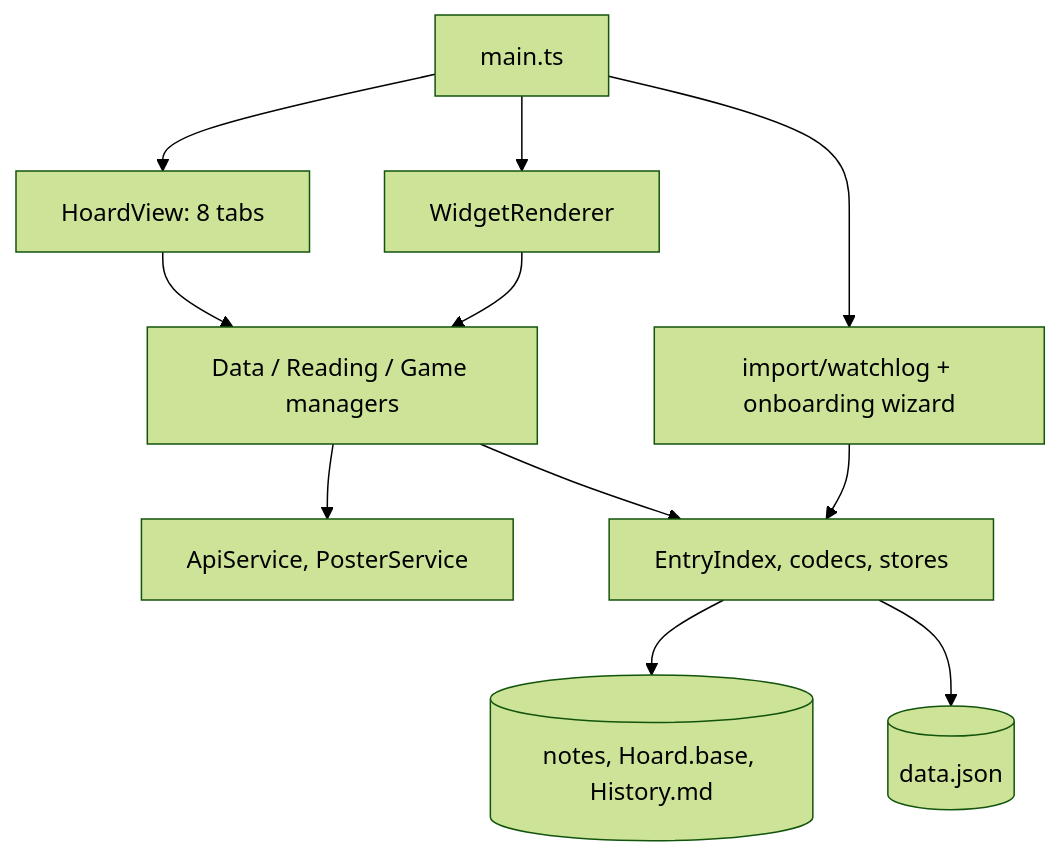
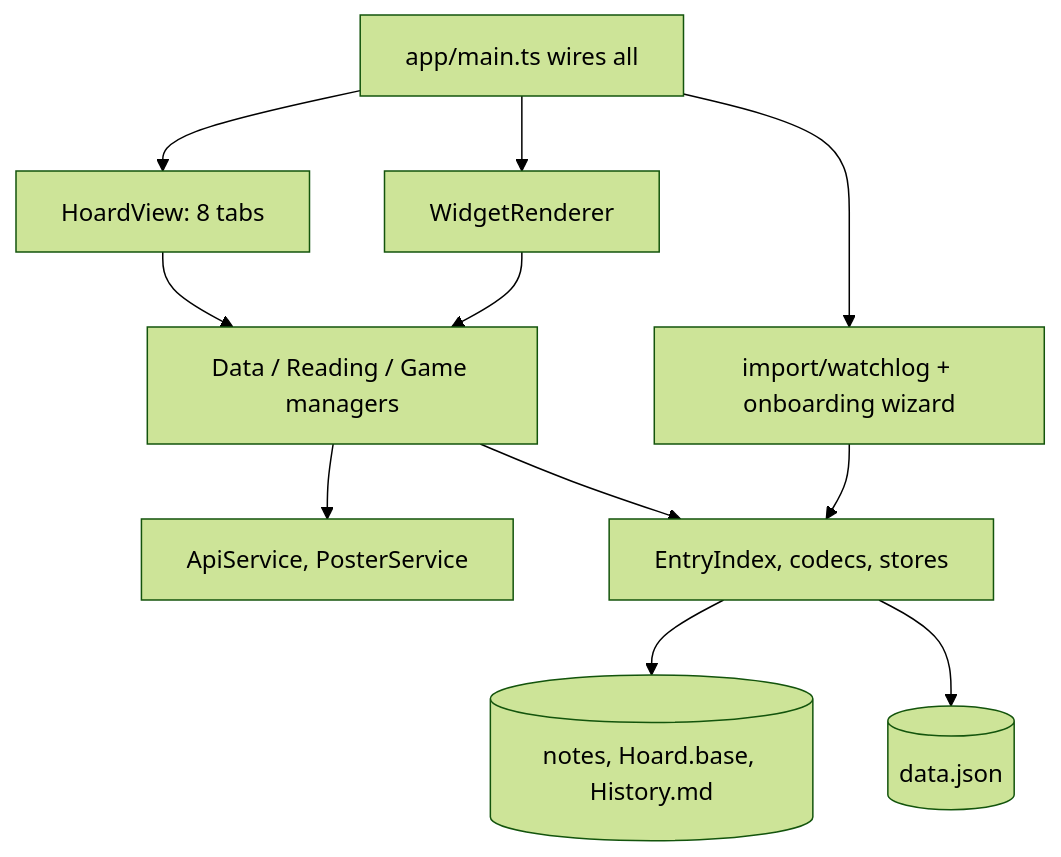
The diagram in docs/index.md (Macavity/obsidian-hoard), drawn with Mermaid (forest theme) before and after one commit. The commit also changed other lines of this file and 34 other files, not shown here.

Commit message:
docs(wiki): module architecture

````diff
--- a/docs/index.md
+++ b/docs/index.md
@@ -39,13 +39,13 @@
 ```mermaid
 flowchart TD
-  main[main.ts] --> View[HoardView: 8 tabs]
+  main[app/main.ts wires all] --> View[HoardView: 8 tabs]
   main --> Widgets[WidgetRenderer]
   View --> Managers[Data / Reading / Game managers]
   Widgets --> Managers
   Managers --> API[ApiService, PosterService]
   Managers --> Storage[EntryIndex, codecs, stores]
   Storage --> Vault[(notes, Hoard.base, History.md)]
   Storage --> Local[(data.json)]
   main --> Import[import/watchlog + onboarding wizard]
   Import --> Storage
 ```
````
